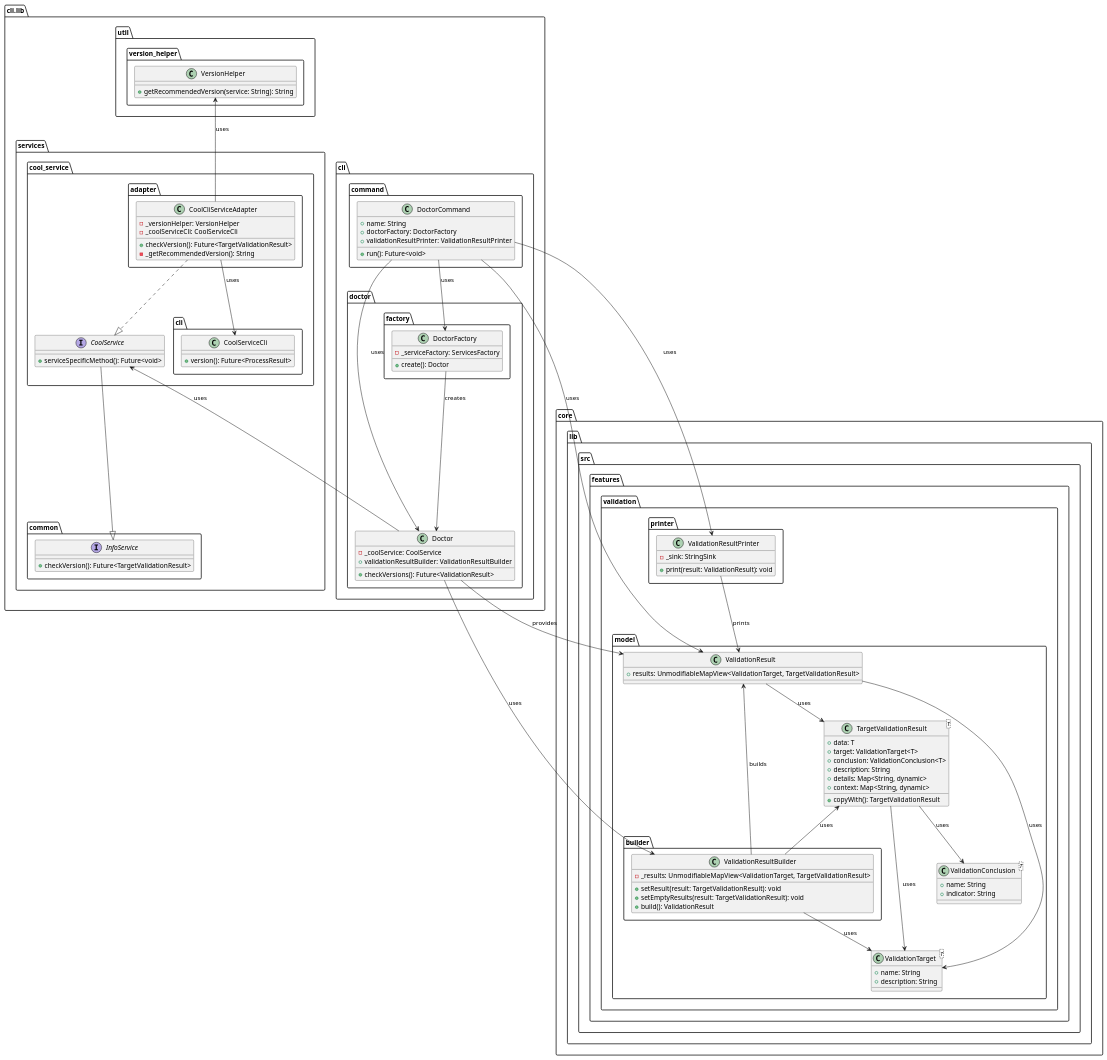
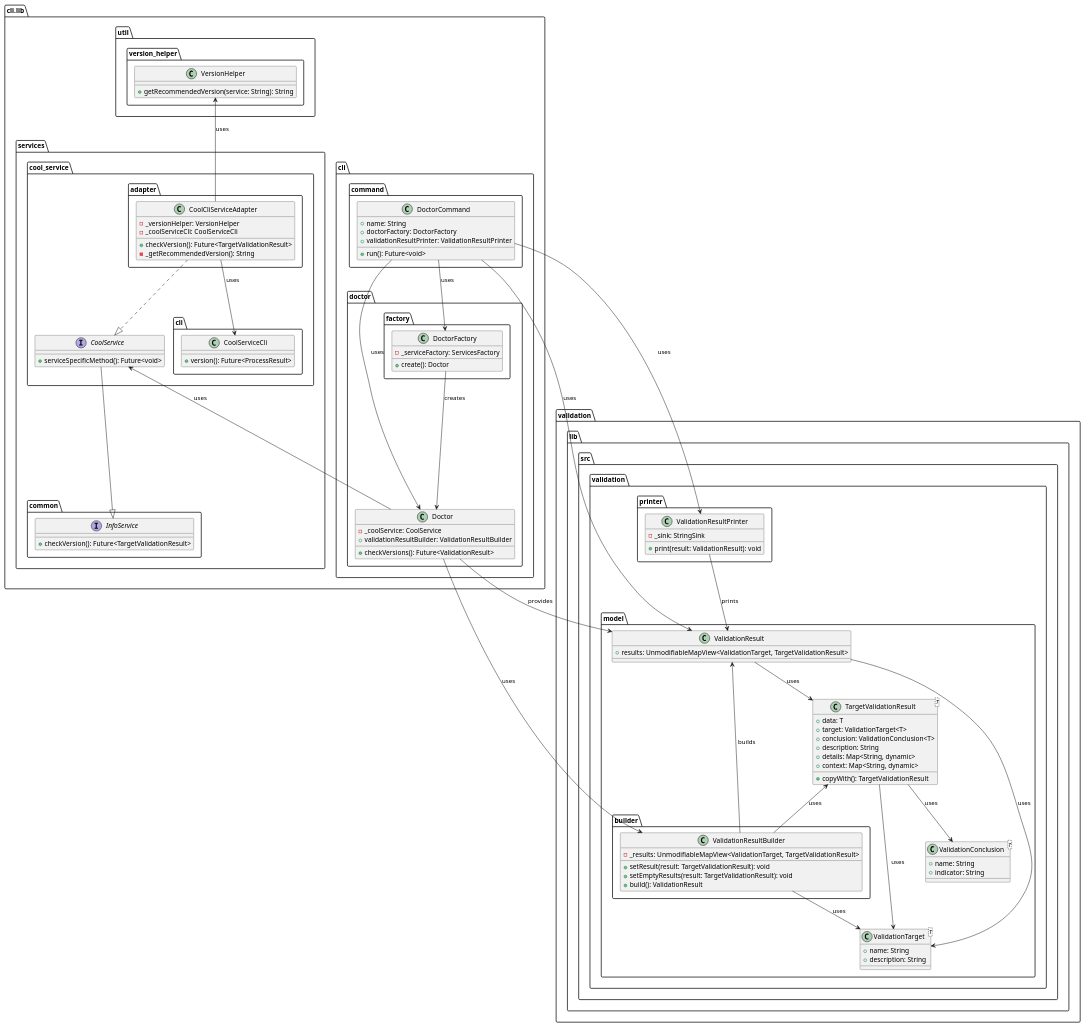
One commit to Flank/flank-dashboard changed the diagram in metrics/cli/docs/features/doctor_output_improvements/diagrams/doctor_output_improvements_class_diagram.puml. Above: the diagram before and after it, drawn with PlantUML. The commit also changed 7 other files, not shown here.

Commit message:
Remove validation from metrics core

```diff
--- a/metrics/cli/docs/features/doctor_output_improvements/diagrams/doctor_output_improvements_class_diagram.puml
+++ b/metrics/cli/docs/features/doctor_output_improvements/diagrams/doctor_output_improvements_class_diagram.puml
@@ -1,148 +1,148 @@
 @startuml doctor_output_improvements_class_diagram
 
 package cli.lib as cli_lib {
     package cli {
         package command {
             class DoctorCommand {
                 + name: String
                 + doctorFactory: DoctorFactory
                 + validationResultPrinter: ValidationResultPrinter
 
                 + run(): Future<void>
             }
         }
 
         package doctor {
             package factory as doctor_factory {
                 class DoctorFactory {
                     - _serviceFactory: ServicesFactory
 
                     + create(): Doctor
                 }
             }
 
             class Doctor {
                 - _coolService: CoolService
                 + validationResultBuilder: ValidationResultBuilder
 
                 + checkVersions(): Future<ValidationResult>
             }
         }
     }
 
     package services {
         package common as services_common {
             interface InfoService {
                 + checkVersion(): Future<TargetValidationResult>
             }
         }
 
         package cool_service {
             package adapter {
                 class CoolCliServiceAdapter {
                     - _versionHelper: VersionHelper
                     - _coolServiceCli: CoolServiceCli
 
                     + checkVersion(): Future<TargetValidationResult>
                     - _getRecommendedVersion(): String
                 }
             }
 
             package cli as cool_service_cli {
                 class CoolServiceCli {
                     + version(): Future<ProcessResult>
                 }
             }
 
             interface CoolService {
                 + serviceSpecificMethod(): Future<void>
             }
         }
     }
 
     package util.version_helper {
         class VersionHelper {
             + getRecommendedVersion(service: String): String
         }
     }
 }
 
-package core.lib.src.features.validation {
+package validation.lib.src.validation {
     package model {
         package builder {
             class ValidationResultBuilder {
                 - _results: UnmodifiableMapView<ValidationTarget, TargetValidationResult>
 
                 + setResult(result: TargetValidationResult): void
                 + setEmptyResults(result: TargetValidationResult): void
                 + build(): ValidationResult
             }
         }
 
         class ValidationTarget<T> {
             + name: String
             + description: String
         }
 
         class ValidationConclusion<T> {
             + name: String
             + indicator: String
         }
 
         class TargetValidationResult<T> {
             + data: T
             + target: ValidationTarget<T>
             + conclusion: ValidationConclusion<T>
             + description: String
             + details: Map<String, dynamic>
             + context: Map<String, dynamic>
 
             + copyWith(): TargetValidationResult
         }
 
         class ValidationResult{
             + results: UnmodifiableMapView<ValidationTarget, TargetValidationResult>
         }
     }
 
     package printer {
         class ValidationResultPrinter{
             - _sink: StringSink
 
             + print(result: ValidationResult): void
         }
     }
 }
 
 TargetValidationResult --> ValidationTarget : uses
 TargetValidationResult --> ValidationConclusion : uses
 
 ValidationResult --> TargetValidationResult : uses
 ValidationResult --> ValidationTarget : uses
 
 ValidationResultBuilder -up-> ValidationResult : builds
 ValidationResultBuilder --> ValidationTarget : uses
 ValidationResultBuilder -up-> TargetValidationResult : uses
 
 ValidationResultPrinter --> ValidationResult : prints
 
 DoctorCommand --> DoctorFactory : uses
 DoctorCommand --> ValidationResultPrinter : uses
 DoctorCommand --> Doctor : uses
 DoctorCommand --> ValidationResult : uses
 
 DoctorFactory --> Doctor : creates
 
 Doctor --> ValidationResultBuilder : uses
 Doctor --> ValidationResult : provides
 Doctor -up-> CoolService : uses
 
 CoolCliServiceAdapter ..|> CoolService
 CoolCliServiceAdapter --> CoolServiceCli : uses
 CoolCliServiceAdapter -up-> VersionHelper : uses
 
 CoolService --|> InfoService
 
 DoctorCommand -[hidden]left-> CoolCliServiceAdapter
 
 @enduml
```
